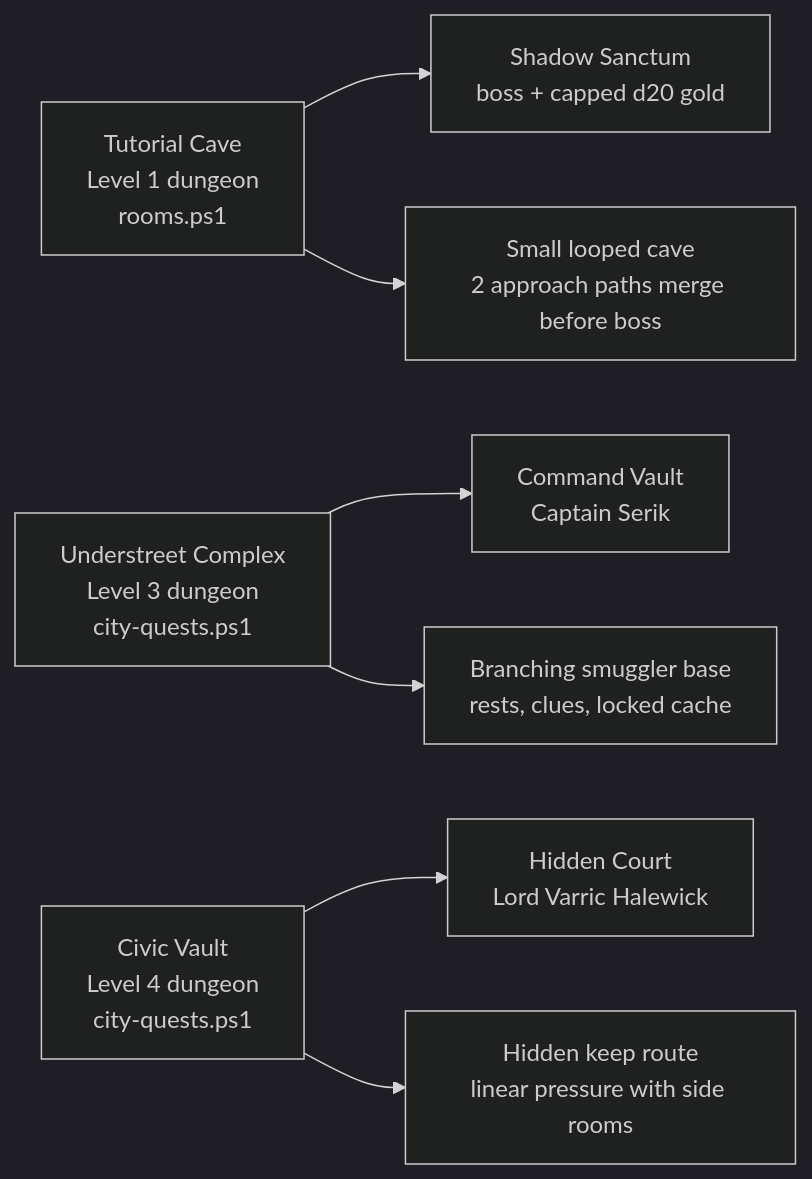
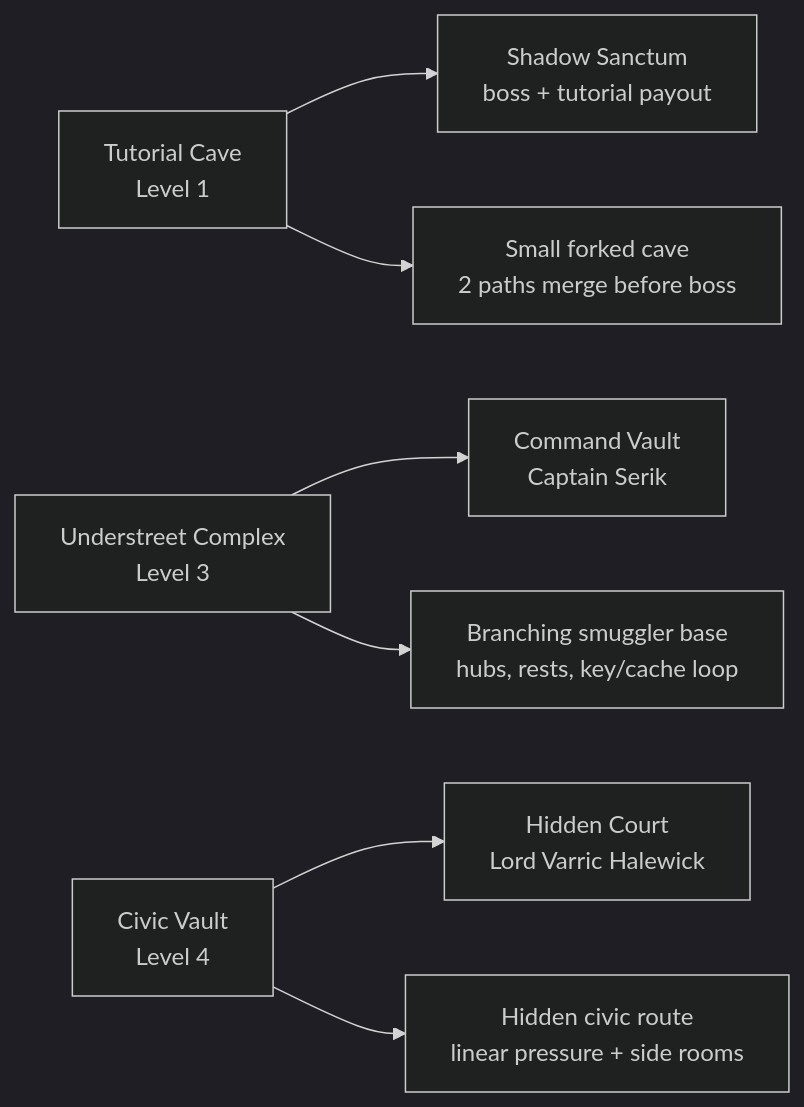
One commit to JesperYH24/dnd-git-adventure changed the diagram in docs/visual-dungeon-maps.md. Above: the diagram before and after it, drawn with Mermaid (dark theme). The commit also changed other lines of this file, not shown here.

Commit message:
Improve dungeon map layouts

````diff
--- a/docs/visual-dungeon-maps.md
+++ b/docs/visual-dungeon-maps.md
@@ -5,10 +25,10 @@
 ```mermaid
 flowchart LR
-    Tutorial["Tutorial Cave\nLevel 1 dungeon\nrooms.ps1"] --> TutorialBoss["Shadow Sanctum\nboss + capped d20 gold"]
-    Understreet["Understreet Complex\nLevel 3 dungeon\ncity-quests.ps1"] --> UnderstreetBoss["Command Vault\nCaptain Serik"]
-    Civic["Civic Vault\nLevel 4 dungeon\ncity-quests.ps1"] --> CivicBoss["Hidden Court\nLord Varric Halewick"]
+    Tutorial["Tutorial Cave\nLevel 1"] --> TutorialBoss["Shadow Sanctum\nboss + tutorial payout"]
+    Understreet["Understreet Complex\nLevel 3"] --> UnderstreetBoss["Command Vault\nCaptain Serik"]
+    Civic["Civic Vault\nLevel 4"] --> CivicBoss["Hidden Court\nLord Varric Halewick"]
 
-    Tutorial --> TutorialShape["Small looped cave\n2 approach paths merge before boss"]
-    Understreet --> UnderstreetShape["Branching smuggler base\nrests, clues, locked cache"]
-    Civic --> CivicShape["Hidden keep route\nlinear pressure with side rooms"]
+    Tutorial --> TutorialShape["Small forked cave\n2 paths merge before boss"]
+    Understreet --> UnderstreetShape["Branching smuggler base\nhubs, rests, key/cache loop"]
+    Civic --> CivicShape["Hidden civic route\nlinear pressure + side rooms"]
 ```
````
